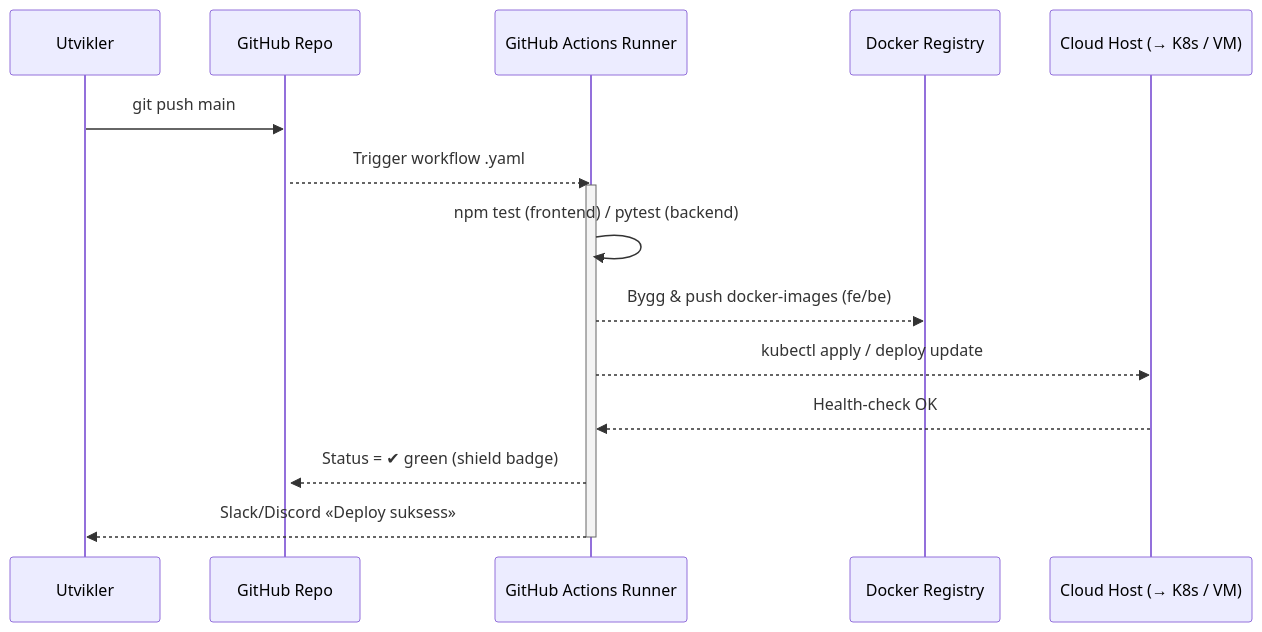
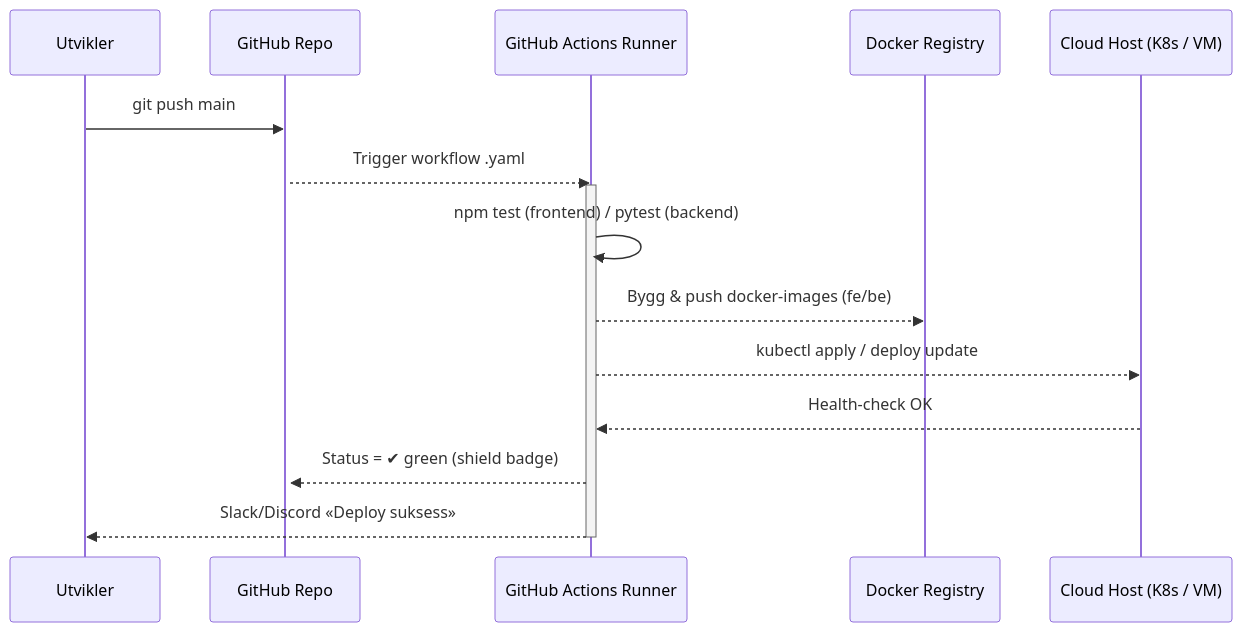
The eighth of 10 diagrams in README.md (engan/investlytics-hub-proposal), drawn with Mermaid before and after one commit. The commit also changed other lines of this file, not shown here.

First line of the commit message:
docs(readme): update roadmap phases and fix Mermaid diagrams

````diff
--- a/README.md
+++ b/README.md
@@ -404,21 +545,20 @@
 ```mermaid
 sequenceDiagram
     participant Dev   as Utvikler
     participant GH    as GitHub Repo
     participant CI    as GitHub Actions Runner
     participant Reg   as Docker Registry
-    participant Prod  as Cloud Host (→ K8s / VM)
+    participant Prod  as Cloud Host (K8s / VM)
 
     Dev->>GH: git push main
     activate GH
     GH-->>CI: Trigger workflow .yaml
     activate CI
     CI->>CI: npm test (frontend) / pytest (backend)
     CI-->>Reg: Bygg & push docker-images (fe/be)
     CI-->>Prod: kubectl apply / deploy update
     Prod-->>CI: Health-check OK
     CI-->>GH: Status = ✔ green (shield badge)
     CI-->>Dev: Slack/Discord «Deploy suksess»
     deactivate CI
-
 ```    
````
